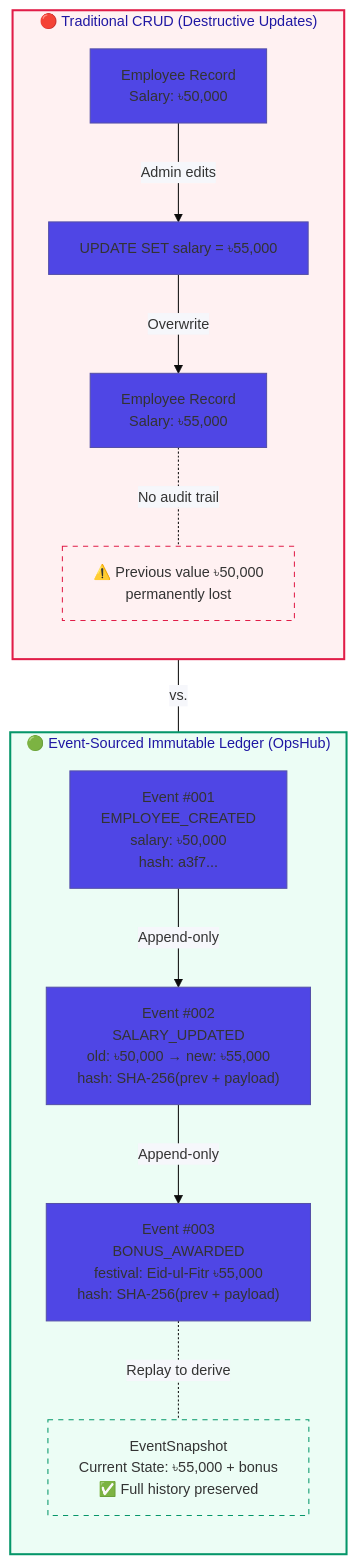
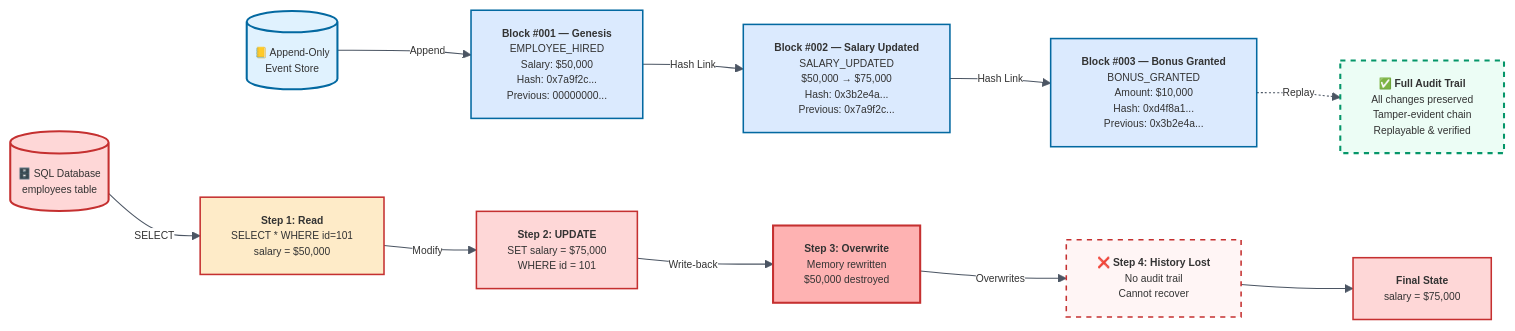
The diagram in docs/fig1_1_event_sourcing.mmd (NazmulHasanNihal/employee_management_system), drawn with Mermaid before and after one commit. The commit also changed 26 other files, not shown here.

Commit message:
feat: implement comprehensive attendance management system and architecture documentation

```diff
--- a/docs/fig1_1_event_sourcing.mmd
+++ b/docs/fig1_1_event_sourcing.mmd
@@ -1,33 +1,39 @@
-%%{ init: { 'theme': 'base', 'themeVariables': { 'primaryColor': '#4f46e5', 'edgeLabelBackground': '#f6f7fb', 'fontSize': '14px' } } }%%
+%%{ init: { 'theme': 'base', 'themeVariables': { 'fontSize': '10px', 'primaryColor': '#1f2937', 'edgeLabelBackground': '#ffffff', 'lineColor': '#4b5563' } } }%%
 
-graph TB
-    %% Figure 1.1 — Standard HR Data vs. Event-Sourced Immutable Data
+graph LR
 
-    subgraph TRAD["🔴 Traditional CRUD (Destructive Updates)"]
-        direction TB
-        T1["Employee Record<br/>Salary: ৳50,000"]
-        T2["UPDATE SET salary = ৳55,000"]
-        T3["Employee Record<br/>Salary: ৳55,000"]
-        T4["⚠️ Previous value ৳50,000<br/>permanently lost"]
-        T1 -->|"Admin edits"| T2
-        T2 -->|"Overwrite"| T3
-        T3 -.-|"No audit trail"| T4
-    end
+    C1[("🗄️ SQL Database<br/>employees table")] ~~~ L1[("📒 Append-Only<br/>Event Store")]
 
-    subgraph EVNT["🟢 Event-Sourced Immutable Ledger (OpsHub)"]
-        direction TB
-        E1["Event #001<br/>EMPLOYEE_CREATED<br/>salary: ৳50,000<br/>hash: a3f7..."]
-        E2["Event #002<br/>SALARY_UPDATED<br/>old: ৳50,000 → new: ৳55,000<br/>hash: SHA-256(prev + payload)"]
-        E3["Event #003<br/>BONUS_AWARDED<br/>festival: Eid-ul-Fitr ৳55,000<br/>hash: SHA-256(prev + payload)"]
-        E4["EventSnapshot<br/>Current State: ৳55,000 + bonus<br/>✅ Full history preserved"]
-        E1 -->|"Append-only"| E2
-        E2 -->|"Append-only"| E3
-        E3 -.-|"Replay to derive"| E4
-    end
+    C2["<b>Step 1: Read</b><br/>SELECT * WHERE id=101<br/>salary = $50,000"] ~~~ L2["<b>Block #001 — Genesis</b><br/>EMPLOYEE_HIRED<br/>Salary: $50,000<br/>Hash: 0x7a9f2c...<br/>Previous: 00000000..."]
 
-    TRAD ---|"vs."| EVNT
+    C3["<b>Step 2: UPDATE</b><br/>SET salary = $75,000<br/>WHERE id = 101"] ~~~ L3["<b>Block #002 — Salary Updated</b><br/>SALARY_UPDATED<br/>$50,000 → $75,000<br/>Hash: 0x3b2e4a...<br/>Previous: 0x7a9f2c..."]
 
-    style TRAD fill:#fff1f2,stroke:#e11d48,stroke-width:2px
-    style EVNT fill:#ecfdf5,stroke:#059669,stroke-width:2px
-    style T4 fill:#fff1f2,stroke:#e11d48,stroke-dasharray:5
-    style E4 fill:#ecfdf5,stroke:#059669,stroke-dasharray:5
+    C4["<b>Step 3: Overwrite</b><br/>Memory rewritten<br/>$50,000 destroyed"] ~~~ L4["<b>Block #003 — Bonus Granted</b><br/>BONUS_GRANTED<br/>Amount: $10,000<br/>Hash: 0xd4f8a1...<br/>Previous: 0x3b2e4a..."]
+
+    C5["❌ <b>Step 4: History Lost</b><br/>No audit trail<br/>Cannot recover"] ~~~ L5["✅ <b>Full Audit Trail</b><br/>All changes preserved<br/>Tamper-evident chain<br/>Replayable & verified"]
+
+    C6["<b>Final State</b><br/>salary = $75,000"]
+
+    C1 -->|"SELECT"| C2
+    C2 -->|"Modify"| C3
+    C3 -->|"Write-back"| C4
+    C4 -->|"Overwrites"| C5
+    C5 --> C6
+
+    L1 -->|"Append"| L2
+    L2 -->|"Hash Link"| L3
+    L3 -->|"Hash Link"| L4
+    L4 -.->|"Replay"| L5
+
+    style C1 fill:#fed7d7,stroke:#c53030,stroke-width:2px
+    style C2 fill:#feebc8,stroke:#c53030,stroke-width:1.5px
+    style C3 fill:#fed7d7,stroke:#c53030,stroke-width:1.5px
+    style C4 fill:#feb2b2,stroke:#c53030,stroke-width:2px
+    style C5 fill:#fff5f5,stroke:#c53030,stroke-dasharray:5,stroke-width:1.5px
+    style C6 fill:#fed7d7,stroke:#c53030,stroke-width:1.5px
+
+    style L1 fill:#e0f2fe,stroke:#0369a1,stroke-width:2px
+    style L2 fill:#dbeafe,stroke:#0369a1,stroke-width:1.5px
+    style L3 fill:#dbeafe,stroke:#0369a1,stroke-width:1.5px
+    style L4 fill:#dbeafe,stroke:#0369a1,stroke-width:1.5px
+    style L5 fill:#ecfdf5,stroke:#059669,stroke-dasharray:5,stroke-width:2px
```
